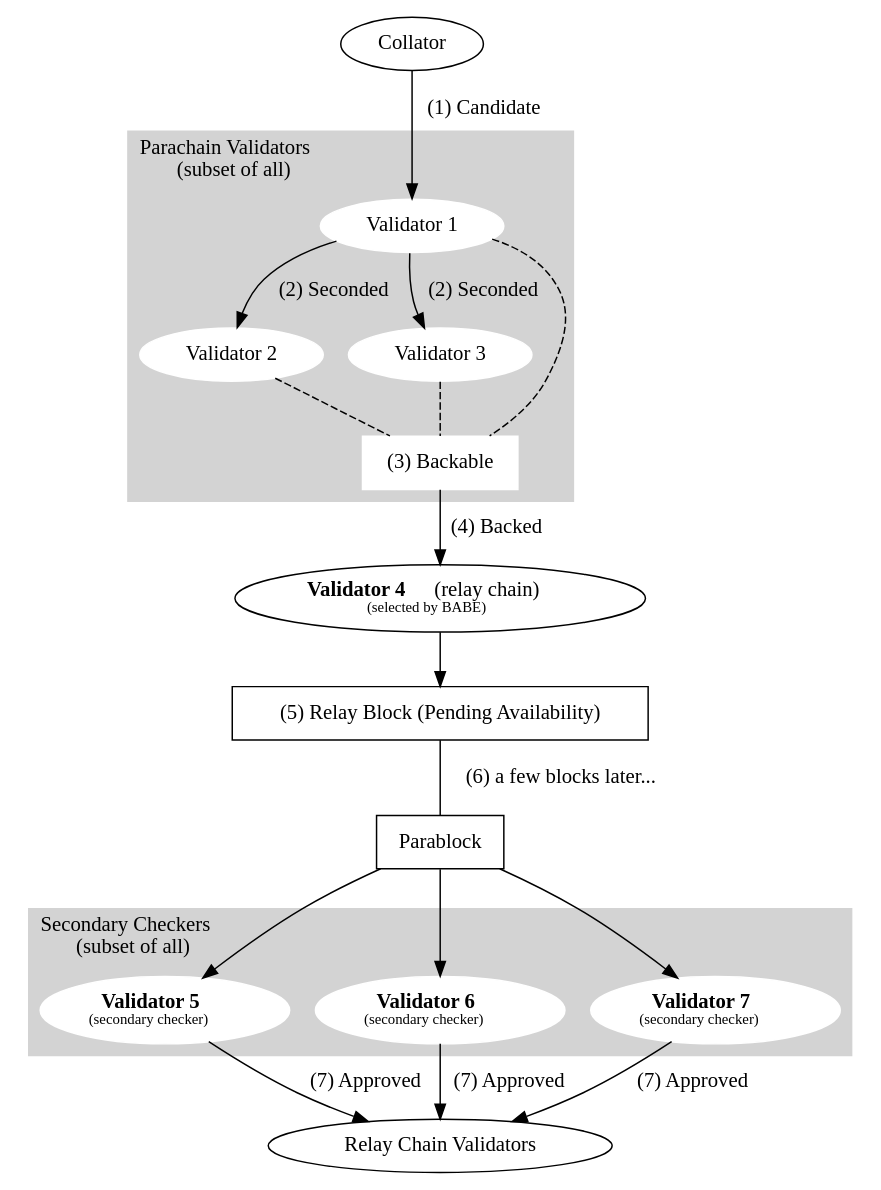
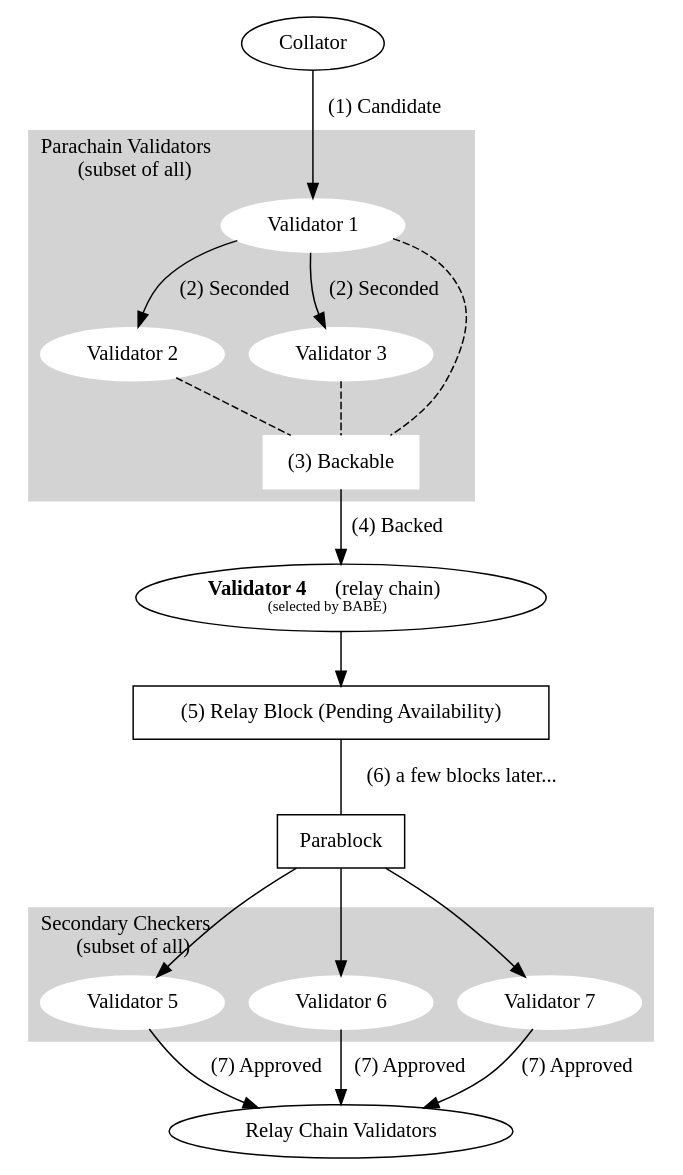
The first of 3 diagrams in roadmap/implementers-guide/src/parachains-overview.md (paritytech/polkadot), drawn with Graphviz before and after one commit.

Commit message:
guide: simplify secondary checkers labels

```diff
--- a/roadmap/implementers-guide/src/parachains-overview.md
+++ b/roadmap/implementers-guide/src/parachains-overview.md
@@ -107,27 +107,9 @@
 		color=lightgrey
 		node [style=filled color=white]
 
-		a5 [label=<
-			<b>Validator 5</b>
-			<br/>
-			<font point-size="10">
-				(secondary checker)
-			</font>
-		>]
-		a6 [label=<
-			<b>Validator 6</b>
-			<br/>
-			<font point-size="10">
-				(secondary checker)
-			</font>
-		>]
-		a7 [label=<
-			<b>Validator 7</b>
-			<br/>
-			<font point-size="10">
-				(secondary checker)
-			</font>
-		>]
+		a5 [label="Validator 5"]
+		a6 [label="Validator 6"]
+		a7 [label="Validator 7"]
 	}
 
 	b -> v4 [label="(4) Backed"]
```
